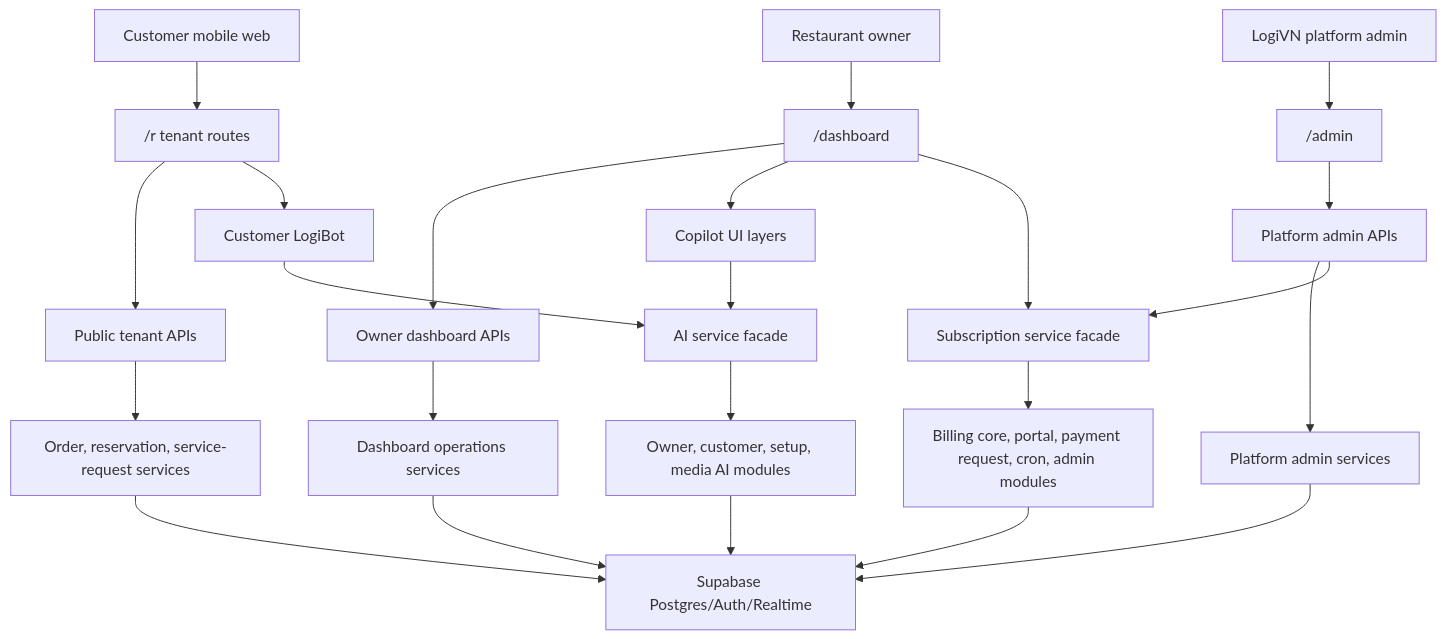
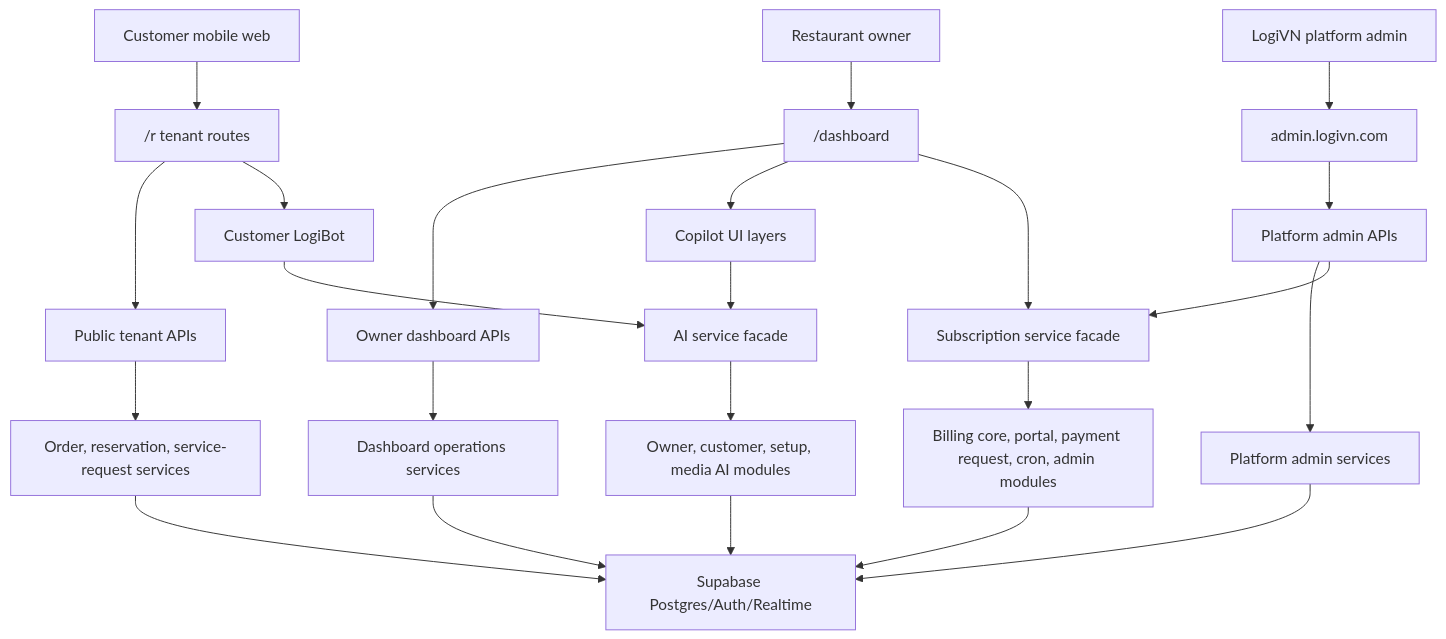
Before and after one commit to Tungjpstore/sassoder: the diagram in docs/product-architecture.md, drawn with Mermaid. The commit also changed 32 other files, not shown here.

Commit message:
feat: move platform admin to control center domain

````diff
--- a/docs/product-architecture.md
+++ b/docs/product-architecture.md
@@ -19,30 +19,30 @@
 ```mermaid
 flowchart TD
   Customer["Customer mobile web"] --> PublicRoutes["/r tenant routes"]
   Owner["Restaurant owner"] --> Dashboard["/dashboard"]
-  Platform["LogiVN platform admin"] --> Admin["/admin"]
+  Platform["LogiVN platform admin"] --> Admin["admin.logivn.com"]
 
   PublicRoutes --> PublicApi["Public tenant APIs"]
   Dashboard --> AdminApi["Owner dashboard APIs"]
   Admin --> PlatformApi["Platform admin APIs"]
 
   PublicApi --> OrderService["Order, reservation, service-request services"]
   AdminApi --> OperationsServices["Dashboard operations services"]
   PlatformApi --> PlatformServices["Platform admin services"]
 
   Dashboard --> CopilotUi["Copilot UI layers"]
   PublicRoutes --> CustomerAi["Customer LogiBot"]
   CopilotUi --> AiFacade["AI service facade"]
   CustomerAi --> AiFacade
   AiFacade --> AiRuntime["Owner, customer, setup, media AI modules"]
 
   OrderService --> Supabase["Supabase Postgres/Auth/Realtime"]
   OperationsServices --> Supabase
   PlatformServices --> Supabase
   AiRuntime --> Supabase
 
   BillingFacade["Subscription service facade"] --> BillingModules["Billing core, portal, payment request, cron, admin modules"]
   Dashboard --> BillingFacade
   PlatformApi --> BillingFacade
   BillingModules --> Supabase
 ```
````
